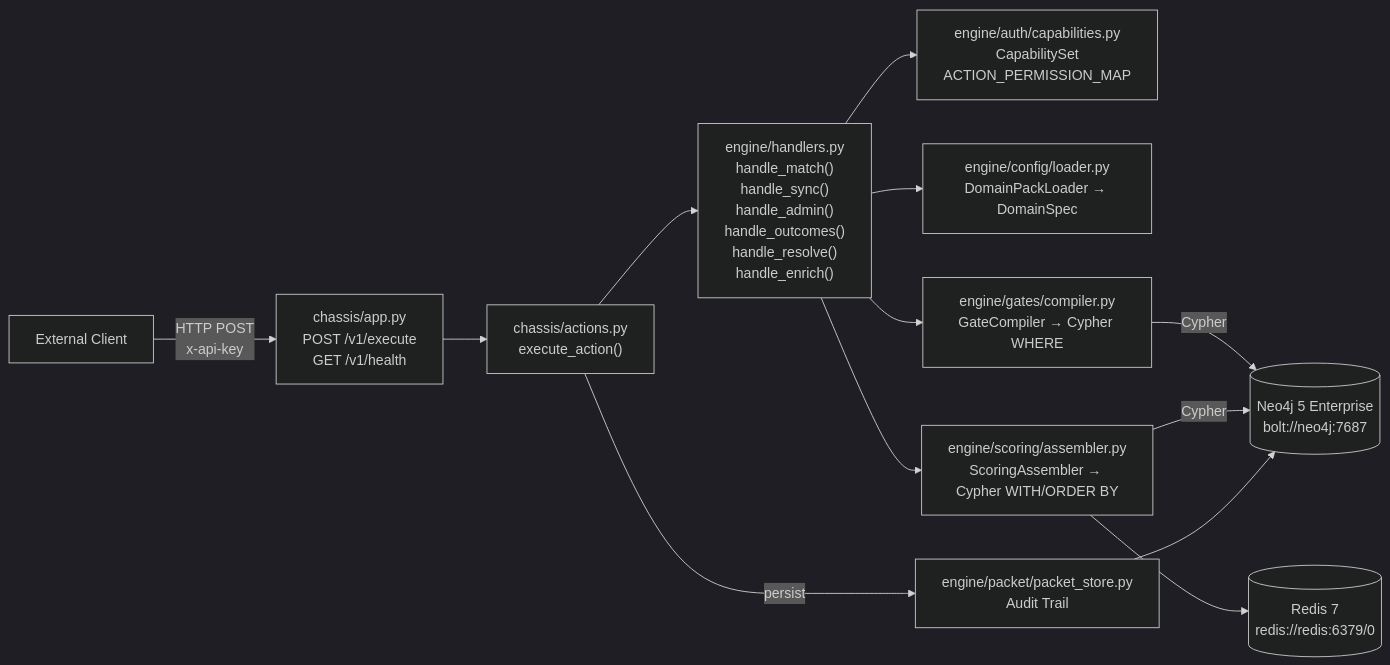
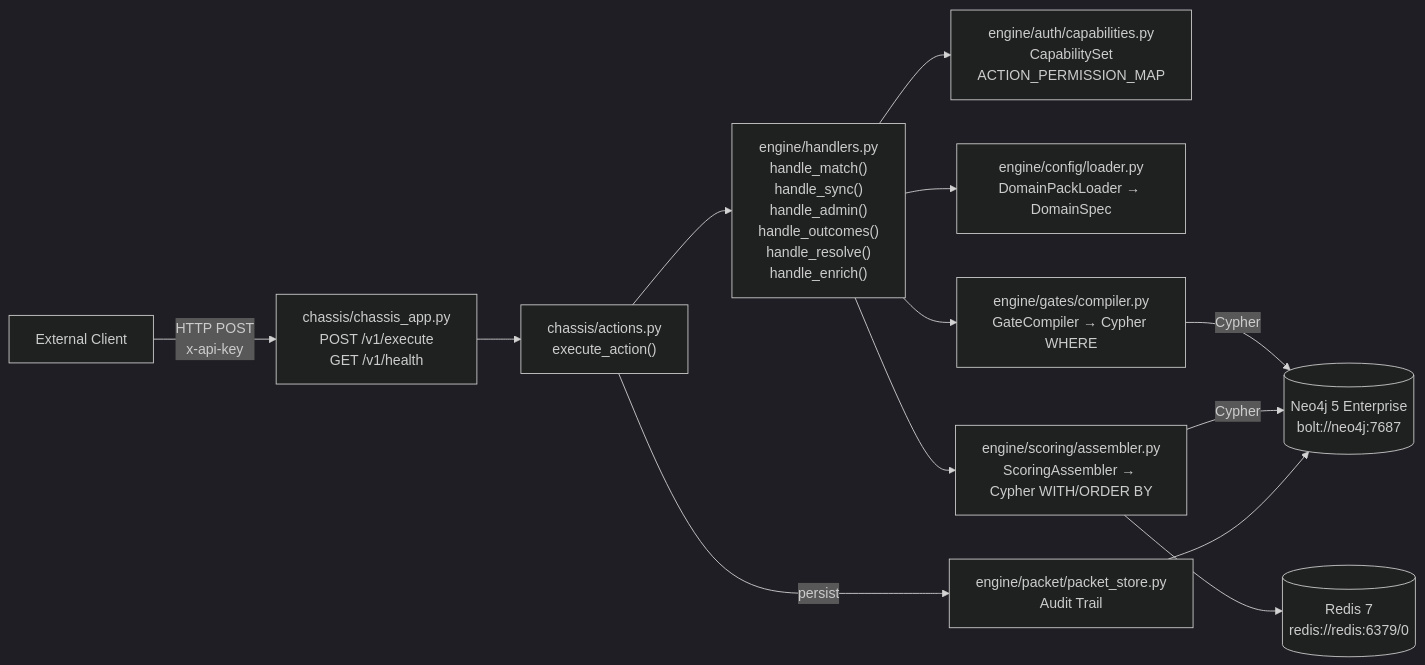
One commit to Quantum-L9/Cognitive.Engine.Graphs changed the diagram in docs/contracts/README.md. Above: the diagram before and after it, drawn with Mermaid (dark theme). The commit also changed other lines of this file and 34 other files, not shown here.

````diff
--- a/docs/contracts/README.md
+++ b/docs/contracts/README.md
@@ -32,27 +32,27 @@
 ```mermaid
 graph LR
     Client["External Client"]
-    Chassis["chassis/app.py\nPOST /v1/execute\nGET /v1/health"]
+    Chassis["chassis/chassis_app.py\nPOST /v1/execute\nGET /v1/health"]
     Actions["chassis/actions.py\nexecute_action()"]
     Handlers["engine/handlers.py\nhandle_match()\nhandle_sync()\nhandle_admin()\nhandle_outcomes()\nhandle_resolve()\nhandle_enrich()"]
     Auth["engine/auth/capabilities.py\nCapabilitySet\nACTION_PERMISSION_MAP"]
     DomainLoader["engine/config/loader.py\nDomainPackLoader → DomainSpec"]
     Gates["engine/gates/compiler.py\nGateCompiler → Cypher WHERE"]
     Scoring["engine/scoring/assembler.py\nScoringAssembler → Cypher WITH/ORDER BY"]
     Neo4j[("Neo4j 5 Enterprise\nbolt://neo4j:7687")]
     Redis[("Redis 7\nredis://redis:6379/0")]
     PacketStore["engine/packet/packet_store.py\nAudit Trail"]
 
     Client -->|"HTTP POST\nx-api-key"| Chassis
     Chassis --> Actions
     Actions --> Handlers
     Handlers --> Auth
     Handlers --> DomainLoader
     Handlers --> Gates
     Handlers --> Scoring
     Gates -->|Cypher| Neo4j
     Scoring -->|Cypher| Neo4j
     Actions -->|persist| PacketStore
     PacketStore --> Neo4j
     Scoring --> Redis
 ```
````
